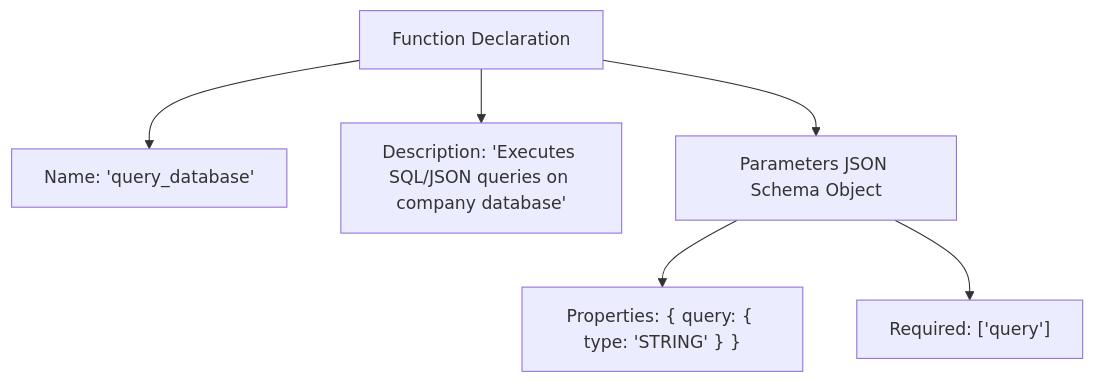
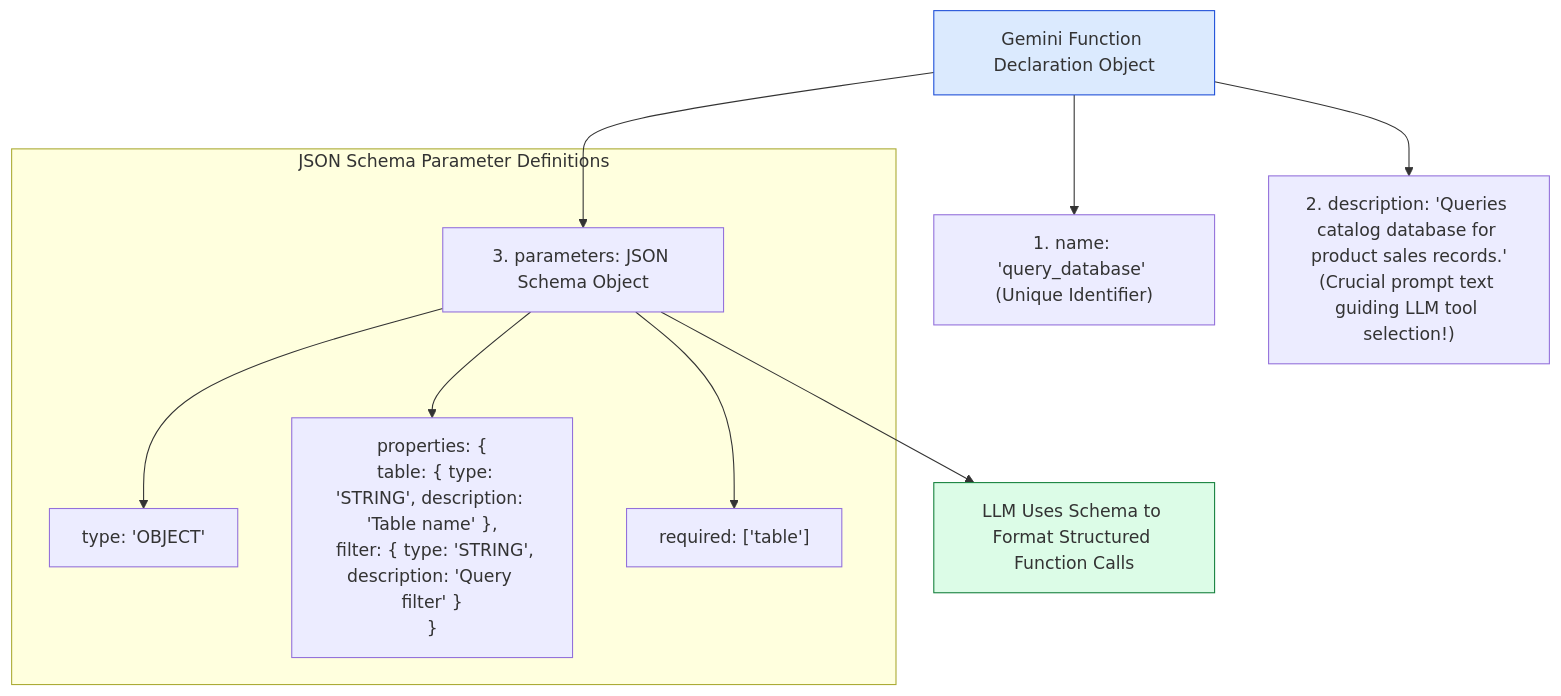
The first of 3 diagrams in agentic-ai-notes/04-jugaad-agent/05-tool-definitions.md (Amie-dev/engineering-playbook), drawn with Mermaid before and after one commit. The commit also changed other lines of this file and 13 other files, not shown here.

````diff
--- a/agentic-ai-notes/04-jugaad-agent/05-tool-definitions.md
+++ b/agentic-ai-notes/04-jugaad-agent/05-tool-definitions.md
@@ -10,8 +13,19 @@
 ```mermaid
-graph TD
-    ToolDef[Function Declaration] --> Name["Name: 'query_database'"]
-    ToolDef --> Desc["Description: 'Executes SQL/JSON queries on company database'"]
-    ToolDef --> Params[Parameters JSON Schema Object]
-    Params --> Props["Properties: { query: { type: 'STRING' } }"]
-    Params --> Req["Required: ['query']"]
+flowchart TD
+    ToolDeclaration[Gemini Function Declaration Object] --> Name["1. name: 'query_database' (Unique Identifier)"]
+
+    ToolDeclaration --> Description["2. description: 'Queries catalog database for product sales records.'<br/>(Crucial prompt text guiding LLM tool selection!)"]
+
+    ToolDeclaration --> Parameters[3. parameters: JSON Schema Object]
+
+    subgraph JSON Schema Parameter Definitions
+        Parameters --> Type["type: 'OBJECT'"]
+        Parameters --> Properties["properties: {<br/>  table: { type: 'STRING', description: 'Table name' },<br/>  filter: { type: 'STRING', description: 'Query filter' }<br/>}"]
+        Parameters --> Required["required: ['table']"]
+    end
+
+    Parameters --> LLMParser[LLM Uses Schema to Format Structured Function Calls]
+
+    style ToolDeclaration fill:#dbeafe,stroke:#1d4ed8
+    style LLMParser fill:#dcfce7,stroke:#15803d
 ```
````
